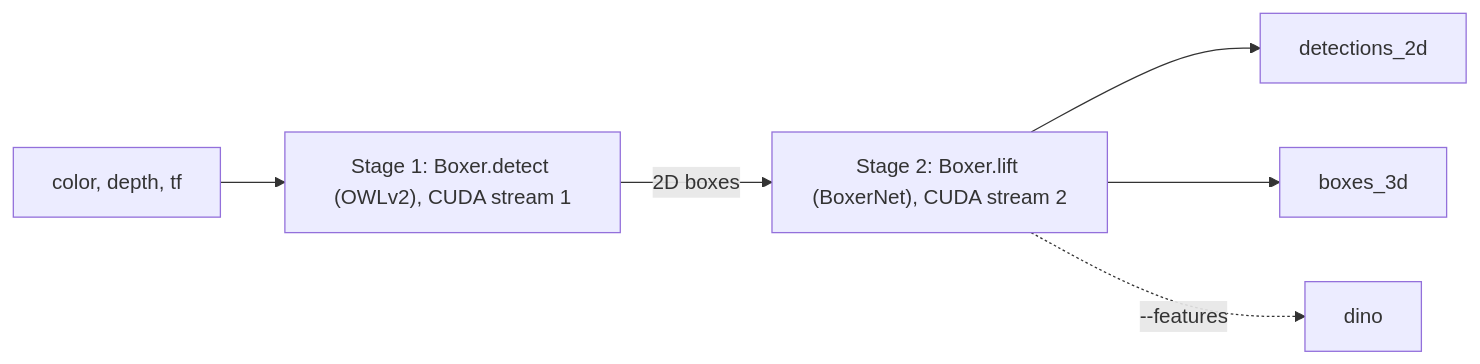
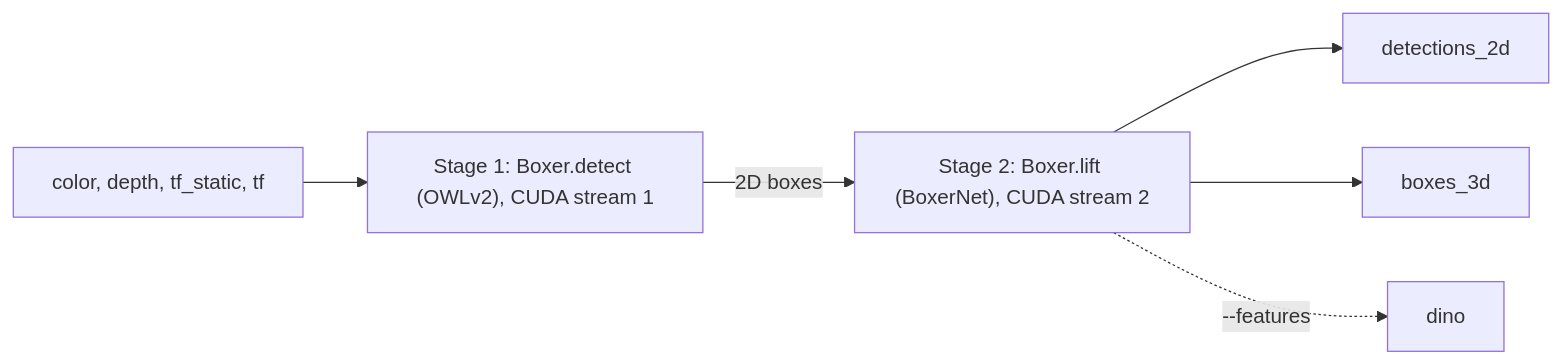
Before and after one commit to xblick/xblick-boxer: the diagram in docs/design.md, drawn with Mermaid. The commit also changed other lines of this file and 9 other files, not shown here.

````diff
--- a/docs/design.md
+++ b/docs/design.md
@@ -23,8 +23,8 @@
 ```mermaid
 flowchart LR
-  C["color, depth, tf"] --> D["Stage 1: Boxer.detect (OWLv2), CUDA stream 1"]
+  C["color, depth, tf_static, tf"] --> D["Stage 1: Boxer.detect (OWLv2), CUDA stream 1"]
   D -- "2D boxes" --> L["Stage 2: Boxer.lift (BoxerNet), CUDA stream 2"]
   L --> P2["detections_2d"]
   L --> P3["boxes_3d"]
   L -. "--features" .-> F["dino"]
 ```
````
